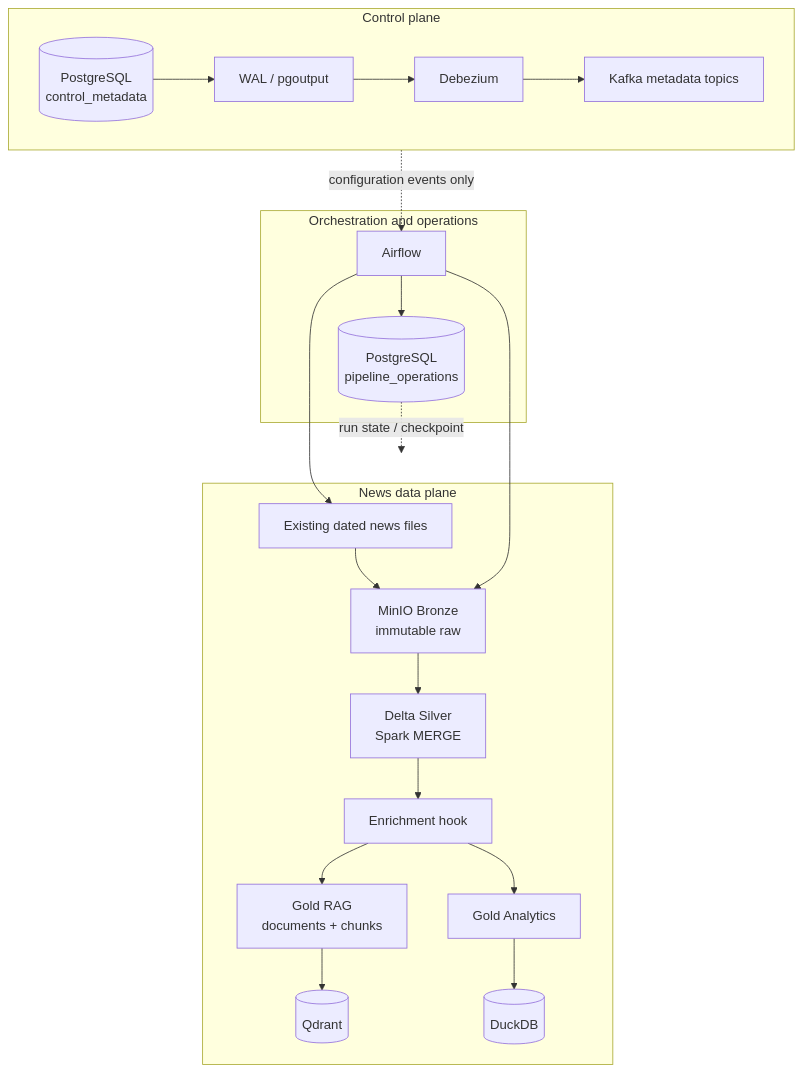
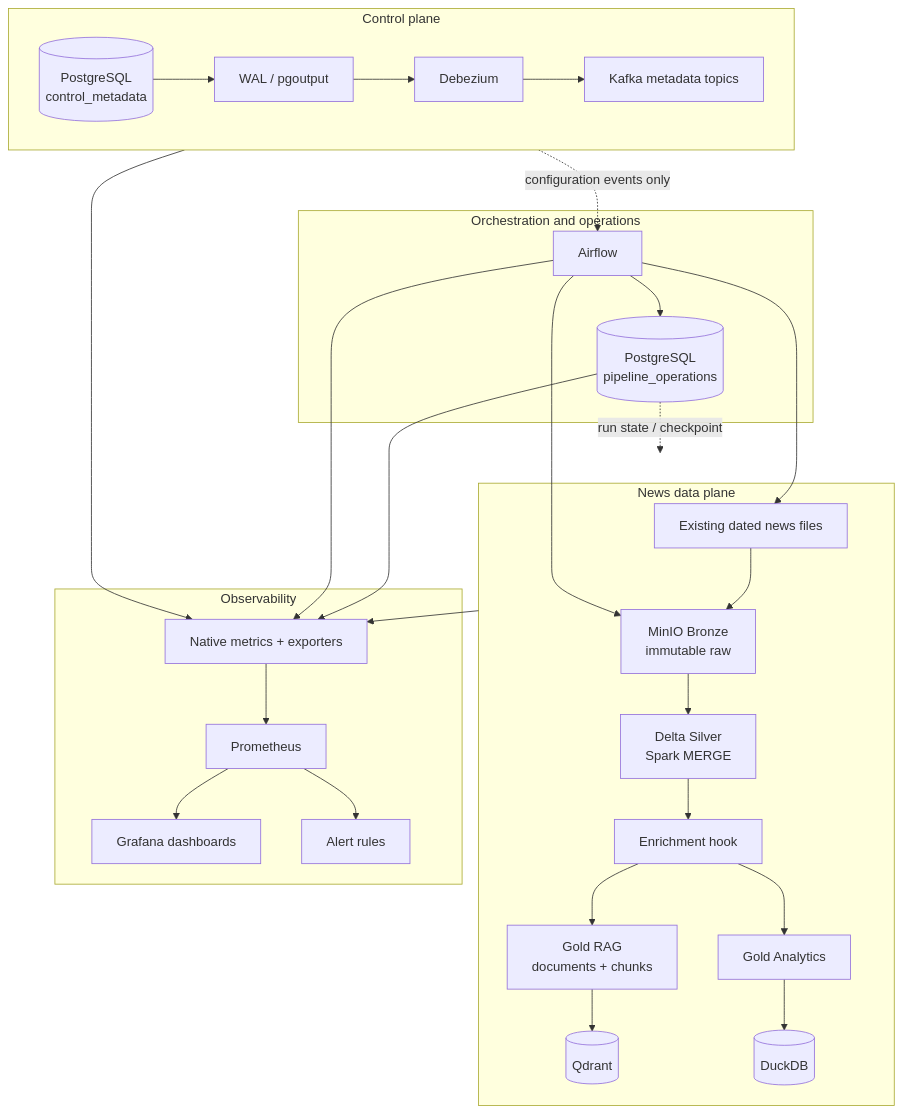
The diagram in README.md (minhphu05/financial-news), drawn with Mermaid before and after one commit. The commit also changed other lines of this file and 43 other files, not shown here.

````diff
--- a/README.md
+++ b/README.md
@@ -78,29 +80,39 @@
 ```mermaid
 flowchart TB
     subgraph CP[Control plane]
         PGCFG[(PostgreSQL<br/>control_metadata)] --> WAL[WAL / pgoutput]
         WAL --> DBZ[Debezium]
         DBZ --> KF[Kafka metadata topics]
     end
 
     subgraph ORCH[Orchestration and operations]
         AF[Airflow]
         OPG[(PostgreSQL<br/>pipeline_operations)]
         AF --> OPG
     end
 
     subgraph DP[News data plane]
         SRC[Existing dated news files] --> BR[MinIO Bronze<br/>immutable raw]
         BR --> SI[Delta Silver<br/>Spark MERGE]
         SI --> ENR[Enrichment hook]
         ENR --> GR[Gold RAG<br/>documents + chunks]
         ENR --> GA[Gold Analytics]
         GR --> QD[(Qdrant)]
         GA --> DU[(DuckDB)]
     end
 
+    subgraph OBS[Observability]
+        EXP[Native metrics + exporters] --> PROM[Prometheus]
+        PROM --> GRAF[Grafana dashboards]
+        PROM --> ALERTS[Alert rules]
+    end
+
     AF --> SRC
     AF --> BR
     OPG -. run state / checkpoint .-> DP
     CP -. configuration events only .-> AF
+    OPG --> EXP
+    AF --> EXP
+    CP --> EXP
+    DP --> EXP
 ```
````
